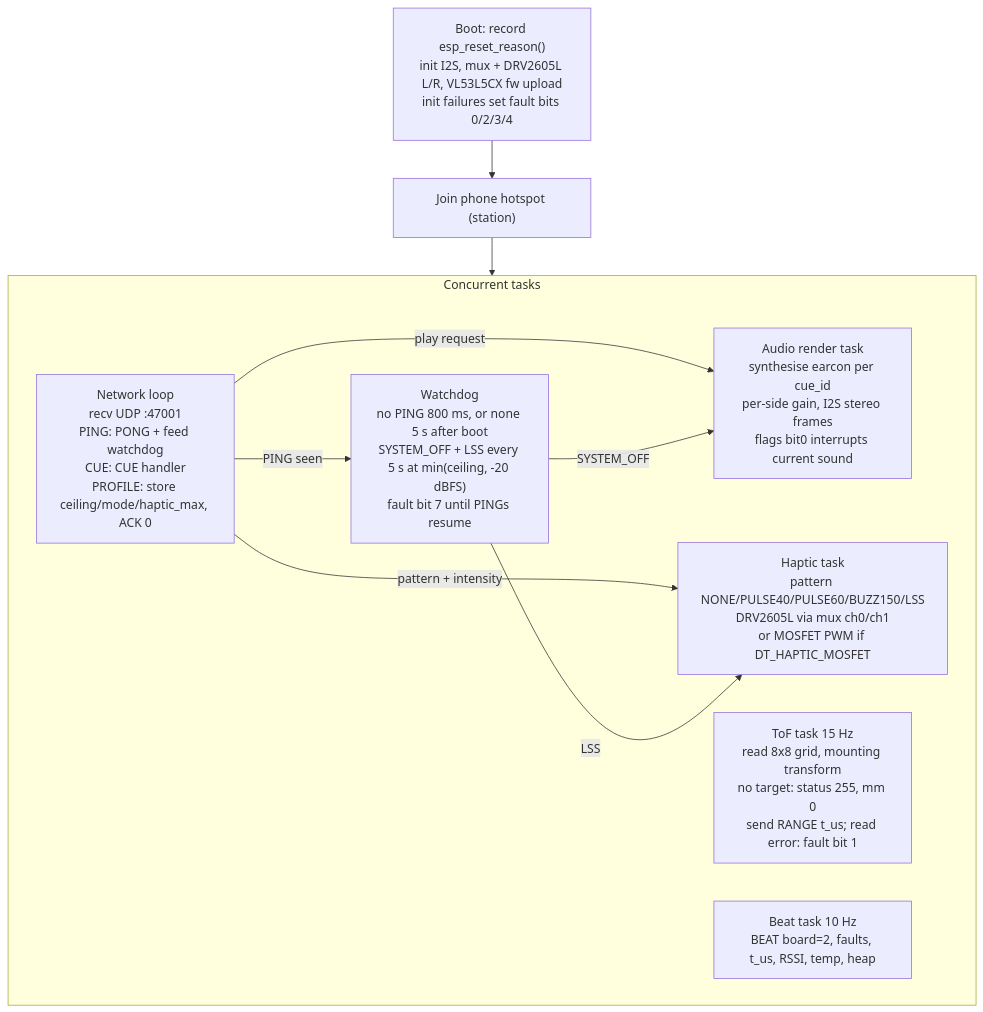
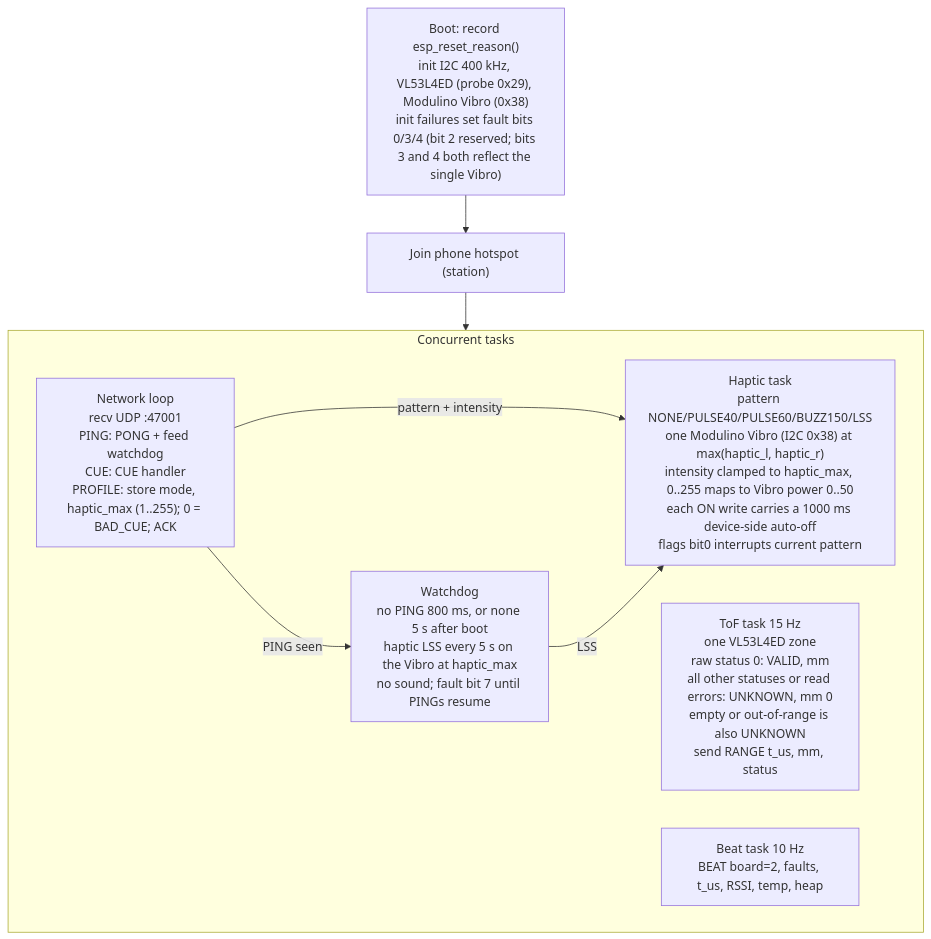
One commit to nunera/Determine changed the first of 9 diagrams in docs/flows/software.md. Above: the diagram before and after it, drawn with Mermaid. The commit also changed other lines of this file and 159 other files, not shown here.

````diff
--- a/docs/flows/software.md
+++ b/docs/flows/software.md
@@ -12,18 +16,15 @@
 ```mermaid
 flowchart TB
-  BOOT["Boot: record esp_reset_reason()<br/>init I2S, mux + DRV2605L L/R, VL53L5CX fw upload<br/>init failures set fault bits 0/2/3/4"] --> WIFI["Join phone hotspot (station)"]
+  BOOT["Boot: record esp_reset_reason()<br/>init I2C 400 kHz, VL53L4ED (probe 0x29), Modulino Vibro (0x38)<br/>init failures set fault bits 0/3/4 (bit 2 reserved; bits 3 and 4 both reflect the single Vibro)"] --> WIFI["Join phone hotspot (station)"]
   WIFI --> TASKS
   subgraph TASKS["Concurrent tasks"]
-    NET["Network loop<br/>recv UDP :47001<br/>PING: PONG + feed watchdog<br/>CUE: CUE handler<br/>PROFILE: store ceiling/mode/haptic_max, ACK 0"]
-    TOF["ToF task 15 Hz<br/>read 8x8 grid, mounting transform<br/>no target: status 255, mm 0<br/>send RANGE t_us; read error: fault bit 1"]
-    AUD["Audio render task<br/>synthesise earcon per cue_id<br/>per-side gain, I2S stereo frames<br/>flags bit0 interrupts current sound"]
-    HAP["Haptic task<br/>pattern NONE/PULSE40/PULSE60/BUZZ150/LSS<br/>DRV2605L via mux ch0/ch1<br/>or MOSFET PWM if DT_HAPTIC_MOSFET"]
-    WD["Watchdog<br/>no PING 800 ms, or none 5 s after boot<br/>SYSTEM_OFF + LSS every 5 s at min(ceiling, -20 dBFS)<br/>fault bit 7 until PINGs resume"]
+    NET["Network loop<br/>recv UDP :47001<br/>PING: PONG + feed watchdog<br/>CUE: CUE handler<br/>PROFILE: store mode, haptic_max (1..255); 0 = BAD_CUE; ACK"]
+    TOF["ToF task 15 Hz<br/>one VL53L4ED zone<br/>raw status 0: VALID, mm<br/>all other statuses or read errors: UNKNOWN, mm 0<br/>empty or out-of-range is also UNKNOWN<br/>send RANGE t_us, mm, status"]
+    HAP["Haptic task<br/>pattern NONE/PULSE40/PULSE60/BUZZ150/LSS<br/>one Modulino Vibro (I2C 0x38) at max(haptic_l, haptic_r)<br/>intensity clamped to haptic_max, 0..255 maps to Vibro power 0..50<br/>each ON write carries a 1000 ms device-side auto-off<br/>flags bit0 interrupts current pattern"]
+    WD["Watchdog<br/>no PING 800 ms, or none 5 s after boot<br/>haptic LSS every 5 s on the Vibro at haptic_max<br/>no sound; fault bit 7 until PINGs resume"]
     BEAT["Beat task 10 Hz<br/>BEAT board=2, faults, t_us, RSSI, temp, heap"]
   end
-  NET -- "play request" --> AUD
   NET -- "pattern + intensity" --> HAP
   NET -- "PING seen" --> WD
-  WD -- "SYSTEM_OFF" --> AUD
   WD -- "LSS" --> HAP
 ```
````
